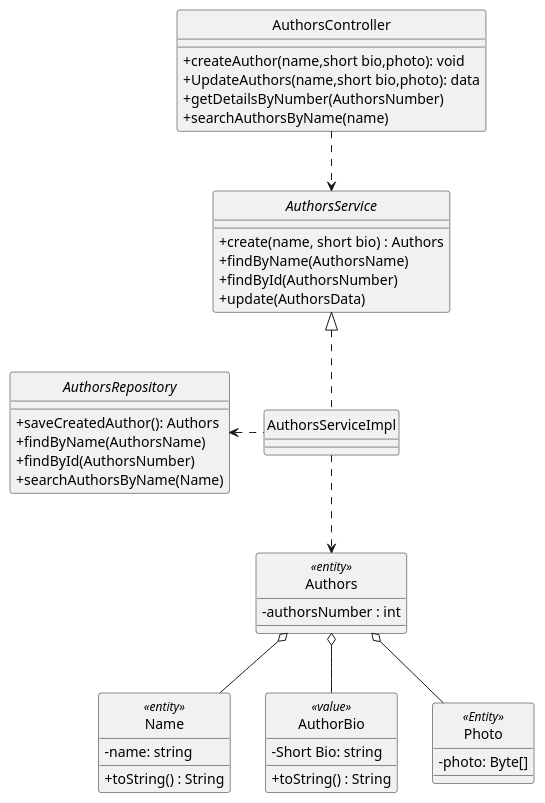
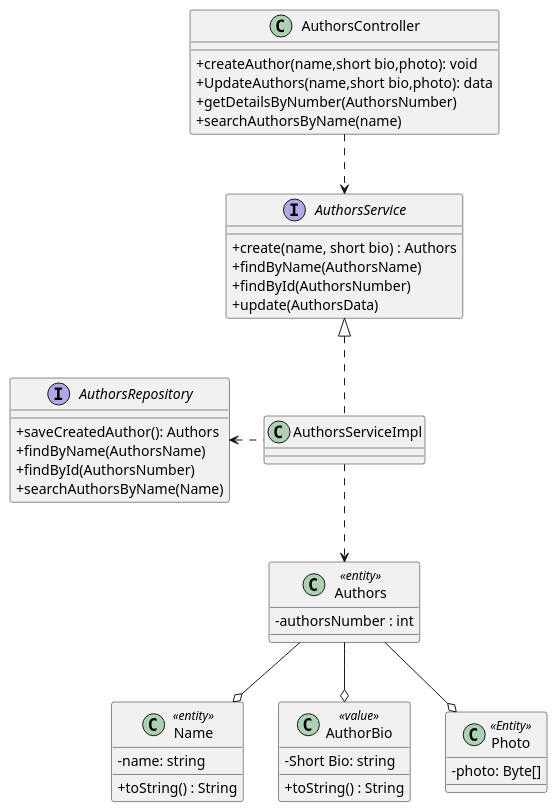
Before and after one commit to rutemf/1220944_1220772_G01: the diagram in Docs/Phase1/WP1A-Authors/ClassDiagram.puml, drawn with PlantUML. The commit also changed 6 other files, not shown here.

```diff
--- a/Docs/Phase1/WP1A-Authors/ClassDiagram.puml
+++ b/Docs/Phase1/WP1A-Authors/ClassDiagram.puml
@@ -1,55 +1,54 @@
 @startuml
 'https://plantuml.com/class-diagram
 
 skinparam classAttributeIconSize 0
-hide circle
 class Authors <<entity>>{
     - authorsNumber : int
 }
 class Name <<entity>>{
     - name: string
     + toString() : String
 }
 
 class AuthorBio <<value>>{
     - Short Bio: string
     + toString() : String
 }
 
 class Photo <<Entity>>{
     - photo: Byte[]
 }
 
 class AuthorsController {
     +createAuthor(name,short bio,photo): void
     +UpdateAuthors(name,short bio,photo): data
     + getDetailsByNumber(AuthorsNumber)
     + searchAuthorsByName(name)
 }
 
 class AuthorsServiceImpl implements AuthorsService{
 }
 
 interface AuthorsService {
     + create(name, short bio) : Authors
     + findByName(AuthorsName)
     + findById(AuthorsNumber)
     + update(AuthorsData)
 }
 
 interface AuthorsRepository {
     +saveCreatedAuthor(): Authors
     + findByName(AuthorsName)
     + findById(AuthorsNumber)
     + searchAuthorsByName(Name)
 
 }
 
 AuthorsServiceImpl ..> Authors
 AuthorsController ..> AuthorsService
 AuthorsServiceImpl .left.> AuthorsRepository
 
-Authors o-- Name
-Authors o-- Photo
-Authors o-- AuthorBio
+Authors --o Name
+Authors --o Photo
+Authors --o AuthorBio
 @enduml
```
